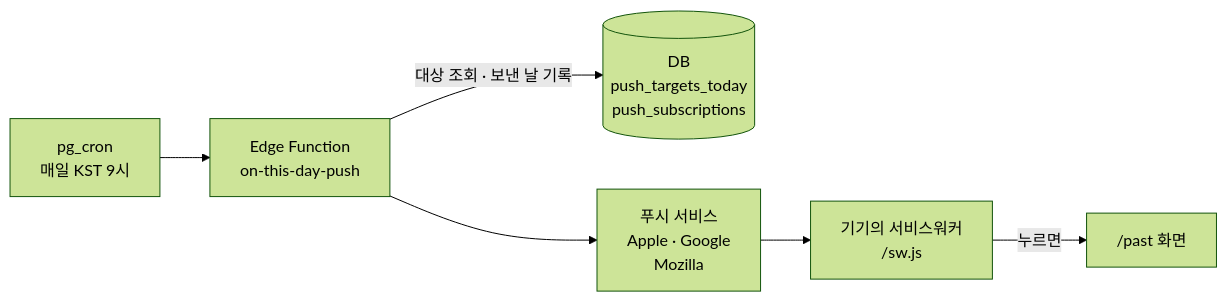
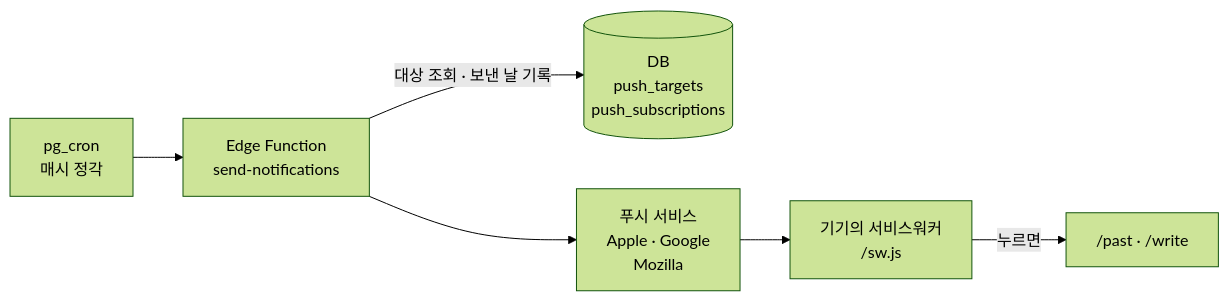
Before and after one commit to choitjddn0311/nook: the second of 2 diagrams in docs/api.md, drawn with Mermaid (forest theme). The commit also changed other lines of this file and 12 other files, not shown here.

````diff
--- a/docs/api.md
+++ b/docs/api.md
@@ -44,8 +44,8 @@
 ```mermaid
 flowchart LR
-  CRON["pg_cron<br/>매일 KST 9시"] --> EF["Edge Function<br/>on-this-day-push"]
-  EF -- "대상 조회 · 보낸 날 기록" --> DB[("DB<br/>push_targets_today<br/>push_subscriptions")]
+  CRON["pg_cron<br/>매시 정각"] --> EF["Edge Function<br/>send-notifications"]
+  EF -- "대상 조회 · 보낸 날 기록" --> DB[("DB<br/>push_targets<br/>push_subscriptions")]
   EF --> PUSH["푸시 서비스<br/>Apple · Google<br/>Mozilla"]
   PUSH --> SW["기기의 서비스워커<br/>/sw.js"]
-  SW -- "누르면" --> PAST["/past 화면"]
+  SW -- "누르면" --> PAST["/past · /write"]
 ```
````
